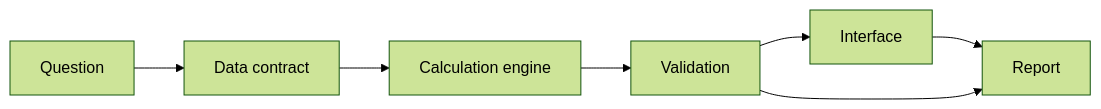
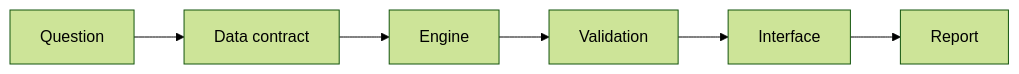
Before and after one commit to Elvin-Chow/Elvin-Chow: the diagram in README.md, drawn with Mermaid (forest theme). The commit also changed other lines of this file and 2 other files, not shown here.

````diff
--- a/README.md
+++ b/README.md
@@ -54,9 +40,8 @@
 ```mermaid
 flowchart LR
     Q["Question"] --> D["Data contract"]
-    D --> C["Calculation engine"]
-    C --> V["Validation"]
-    V --> I["Interface"]
-    I --> R["Report"]
-    V --> R
+    D --> E["Engine"]
+    E --> V["Validation"]
+    V --> U["Interface"]
+    U --> R["Report"]
 ```
````
